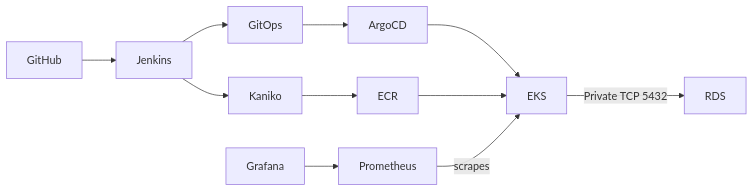
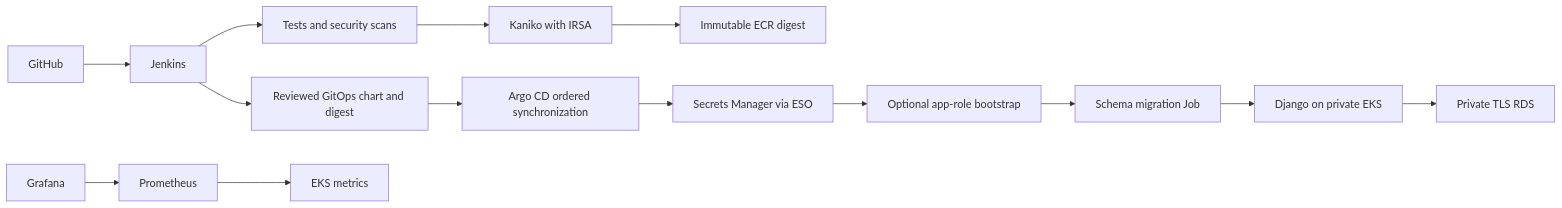
Before and after one commit to fedorstoiets/my-microservice-project: the diagram in final-project/README.md, drawn with Mermaid. The commit also changed other lines of this file and 203 other files, not shown here.

````diff
--- a/final-project/README.md
+++ b/final-project/README.md
@@ -7,9 +29,16 @@
 ```mermaid
 flowchart LR
-  GitHub --> Jenkins --> Kaniko --> ECR
-  Jenkins --> GitOps --> ArgoCD --> EKS
-  ECR --> EKS
-  EKS -->|Private TCP 5432| RDS
-  Prometheus -->|scrapes| EKS
+  GitHub --> Jenkins
+  Jenkins --> Tests[Tests and security scans]
+  Tests --> Builder[Kaniko with IRSA]
+  Builder --> ECR[Immutable ECR digest]
+  Jenkins --> GitOps[Reviewed GitOps chart and digest]
+  GitOps --> Argo[Argo CD ordered synchronization]
+  Argo --> ESO[Secrets Manager via ESO]
+  ESO --> Bootstrap[Optional app-role bootstrap]
+  Bootstrap --> Migrate[Schema migration Job]
+  Migrate --> Django[Django on private EKS]
+  Django --> RDS[Private TLS RDS]
+  Prometheus --> EKS[EKS metrics]
   Grafana --> Prometheus
 ```
````
